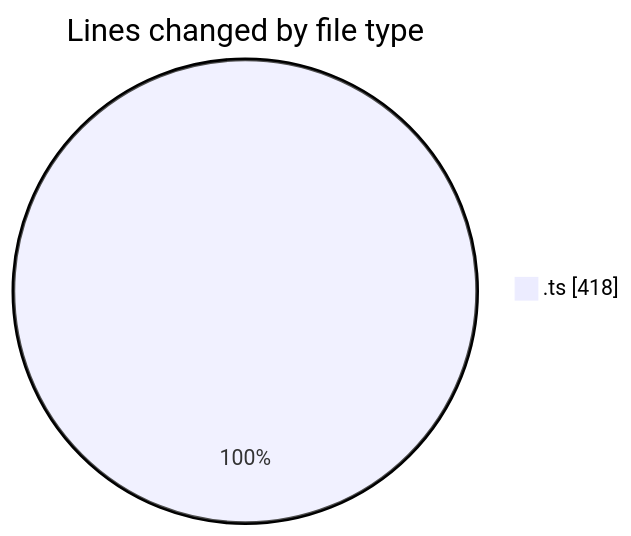
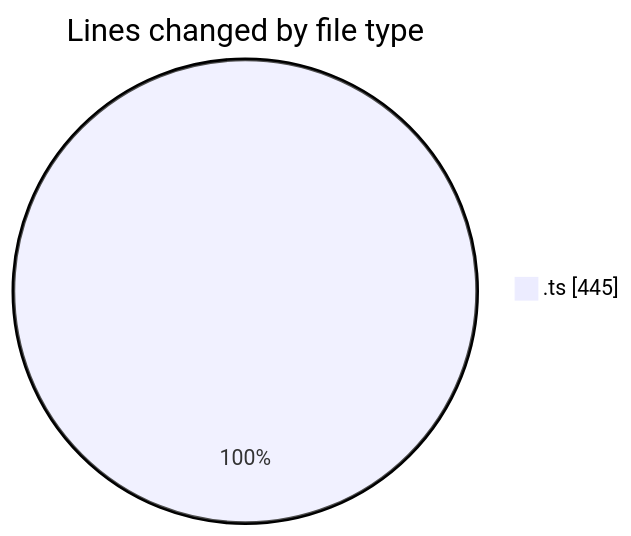
Before and after one commit to momahboobian/code-tracking: the first of 2 diagrams in 2025-08-01/cda/README.md, drawn with Mermaid. The commit also changed other lines of this file and 1 other file, not shown here.

````diff
--- a/2025-08-01/cda/README.md
+++ b/2025-08-01/cda/README.md
@@ -20,5 +20,5 @@
 ```mermaid
 pie showData
 title Lines changed by file type
-".ts" : 418
+".ts" : 445
 ```
````
